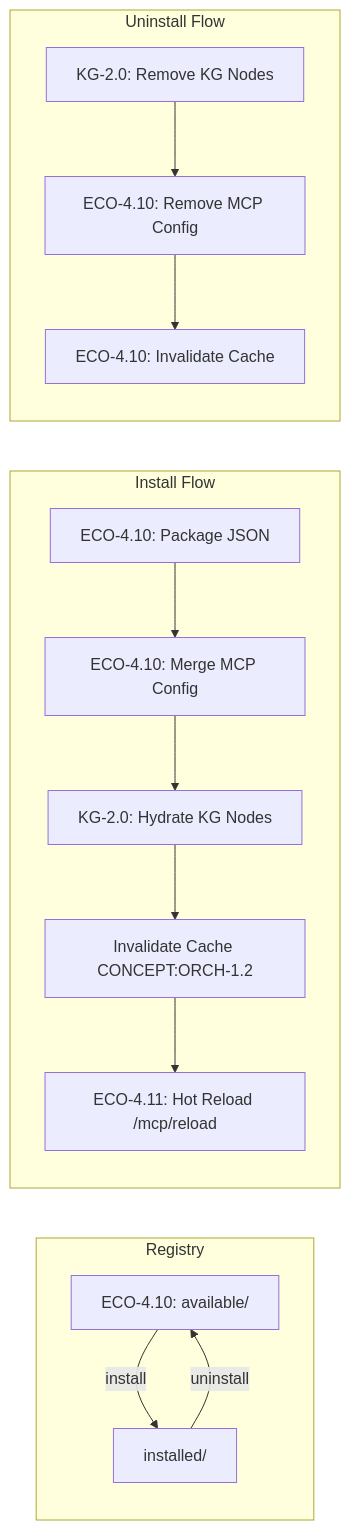
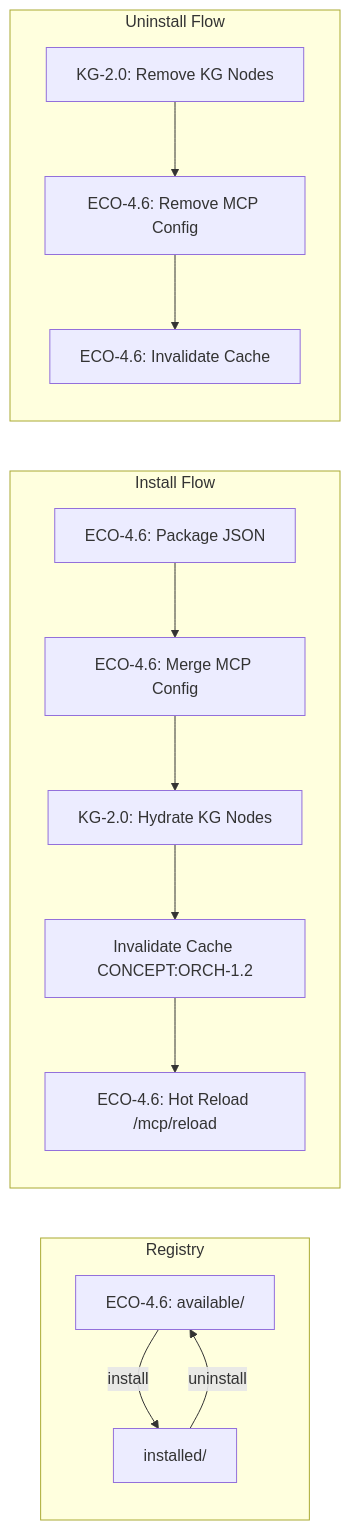
One commit to Knuckles-Team/agent-utilities changed the diagram in docs/guides/agent-registry.md. Above: the diagram before and after it, drawn with Mermaid. The commit also changed other lines of this file and 556 other files, not shown here.

````diff
--- a/docs/guides/agent-registry.md
+++ b/docs/guides/agent-registry.md
@@ -13,19 +13,19 @@
 ```mermaid
 flowchart LR
     subgraph Registry
-        AVAIL[ECO-4.10: available/] --> |install| INSTALLED[installed/]
+        AVAIL[ECO-4.6: available/] --> |install| INSTALLED[installed/]
         INSTALLED --> |uninstall| AVAIL
     end
 
     subgraph Install Flow
-        PKG[ECO-4.10: Package JSON] --> MCP[ECO-4.10: Merge MCP Config]
+        PKG[ECO-4.6: Package JSON] --> MCP[ECO-4.6: Merge MCP Config]
         MCP --> KG[KG-2.0: Hydrate KG Nodes]
         KG --> CACHE[Invalidate Cache CONCEPT:ORCH-1.2]
-        CACHE --> RELOAD[ECO-4.11: Hot Reload /mcp/reload]
+        CACHE --> RELOAD[ECO-4.6: Hot Reload /mcp/reload]
     end
 
     subgraph Uninstall Flow
-        RM_KG[KG-2.0: Remove KG Nodes] --> RM_MCP[ECO-4.10: Remove MCP Config]
-        RM_MCP --> RM_CACHE[ECO-4.10: Invalidate Cache]
+        RM_KG[KG-2.0: Remove KG Nodes] --> RM_MCP[ECO-4.6: Remove MCP Config]
+        RM_MCP --> RM_CACHE[ECO-4.6: Invalidate Cache]
     end
 ```
````
